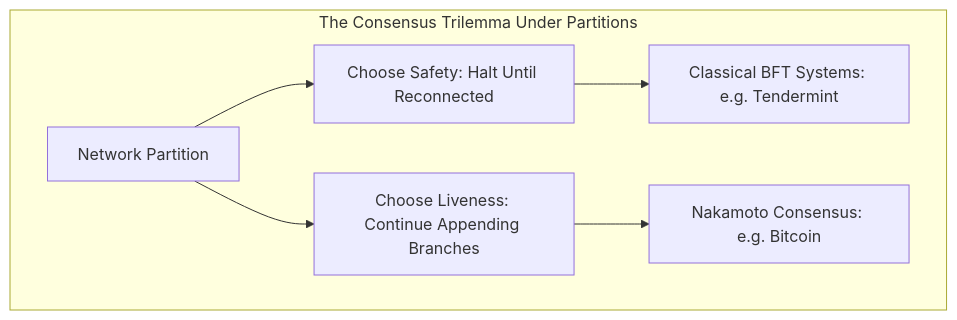
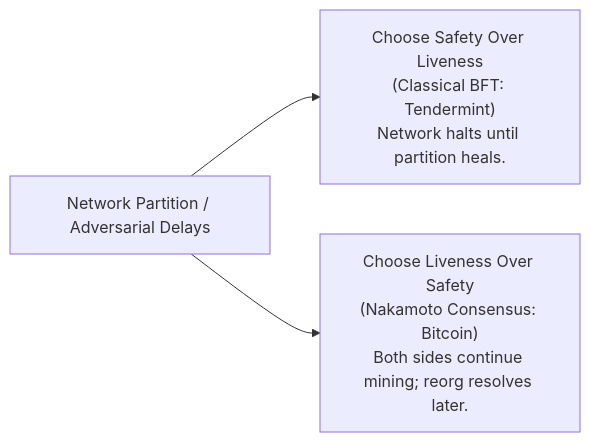
Before and after one commit to ub-society/modules: the fifth of 5 diagrams in docs/learn/fundamentals/03-consensus-and-game-theory/01-byzantine-generals-problem.md, drawn with Mermaid. The commit also changed other lines of this file and 3 other files, not shown here.

````diff
--- a/docs/learn/fundamentals/03-consensus-and-game-theory/01-byzantine-generals-problem.md
+++ b/docs/learn/fundamentals/03-consensus-and-game-theory/01-byzantine-generals-problem.md
@@ -91,9 +165,6 @@
 ```mermaid
-flowchart TD
-    subgraph The Consensus Trilemma Under Partitions
-        P[Network Partition] --> Choice1[Choose Safety: Halt Until Reconnected]
-        P --> Choice2[Choose Liveness: Continue Appending Branches]
-        Choice1 --> BFT[Classical BFT Systems: e.g. Tendermint]
-        Choice2 --> PoW[Nakamoto Consensus: e.g. Bitcoin]
-    end
+flowchart LR
+    Partition[Network Partition / Adversarial Delays]
+    Partition --> ChooseBFT["Choose Safety Over Liveness<br/>(Classical BFT: Tendermint)<br/>Network halts until partition heals."]
+    Partition --> ChoosePoW["Choose Liveness Over Safety<br/>(Nakamoto Consensus: Bitcoin)<br/>Both sides continue mining; reorg resolves later."]
 ```
````
